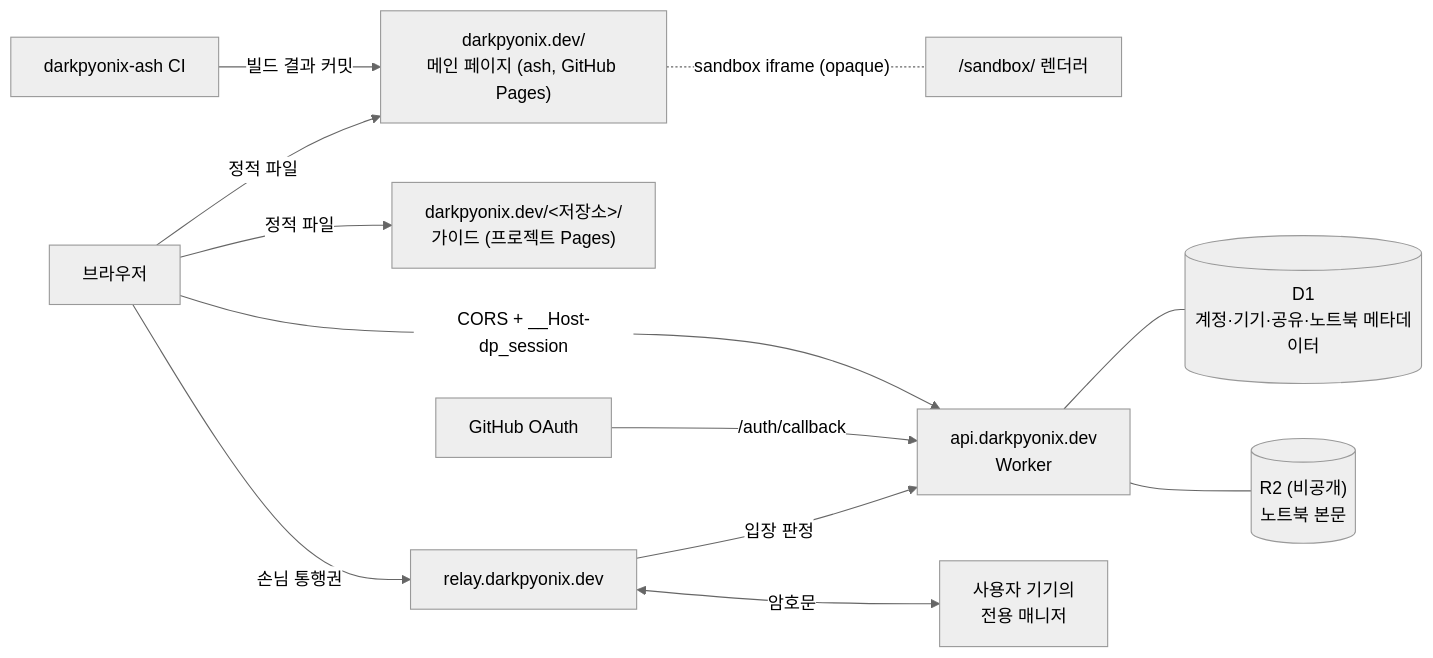
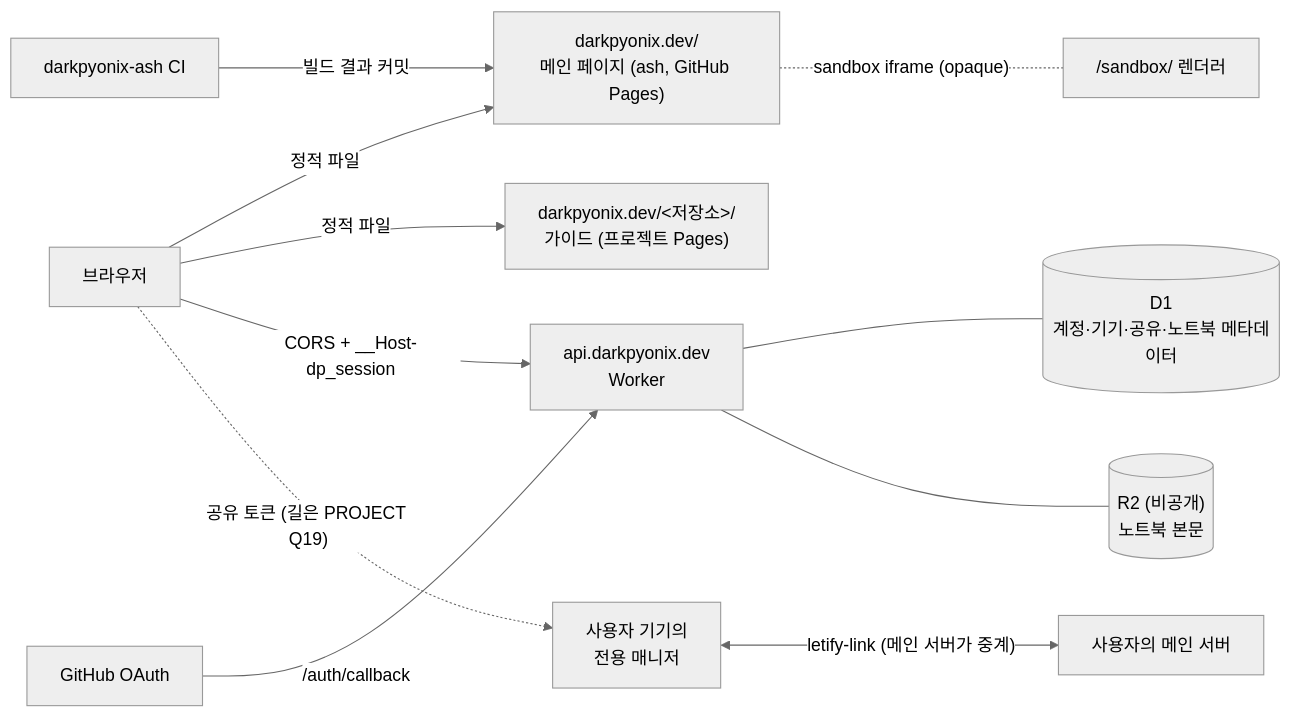
Before and after one commit to DarkPyonix/darkpyonix: the seventh of 9 diagrams in docs/ARCHITECTURE.md, drawn with Mermaid (neutral theme). The commit also changed other lines of this file and 3 other files, not shown here.

Commit message:
Docs: Close PROJECT Q9, add Q19 to Q21 and drop the hub relay from ARCHITECTURE (INTENT D23)

````diff
--- a/docs/ARCHITECTURE.md
+++ b/docs/ARCHITECTURE.md
@@ -240,14 +240,13 @@
 ```mermaid
 flowchart LR
   B["브라우저"] -->|정적 파일| F["darkpyonix.dev/<br/>메인 페이지 (ash, GitHub Pages)"]
   B -->|정적 파일| GP["darkpyonix.dev/&lt;저장소&gt;/<br/>가이드 (프로젝트 Pages)"]
   CI["darkpyonix-ash CI"] -->|빌드 결과 커밋| F
   F -. "sandbox iframe (opaque)" .- SB["/sandbox/ 렌더러"]
   B -->|"CORS + __Host-dp_session"| A["api.darkpyonix.dev<br/>Worker"]
   A --- D1[("D1<br/>계정·기기·공유·노트북 메타데이터")]
   A --- R2[("R2 (비공개)<br/>노트북 본문")]
-  B -->|"손님 통행권"| R["relay.darkpyonix.dev"]
-  R -->|입장 판정| A
-  R <-->|암호문| M["사용자 기기의<br/>전용 매니저"]
+  B -.->|"공유 토큰 (길은 PROJECT Q19)"| M["사용자 기기의<br/>전용 매니저"]
+  M <-->|"letify-link (메인 서버가 중계)"| MS["사용자의 메인 서버"]
   G["GitHub OAuth"] -->|/auth/callback| A
 ```
````
